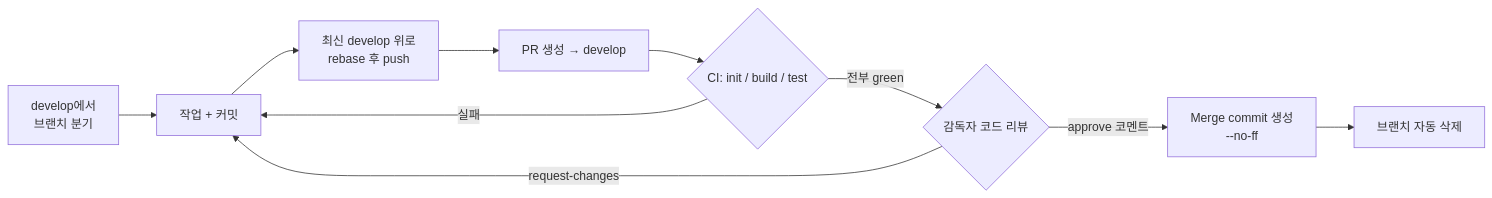
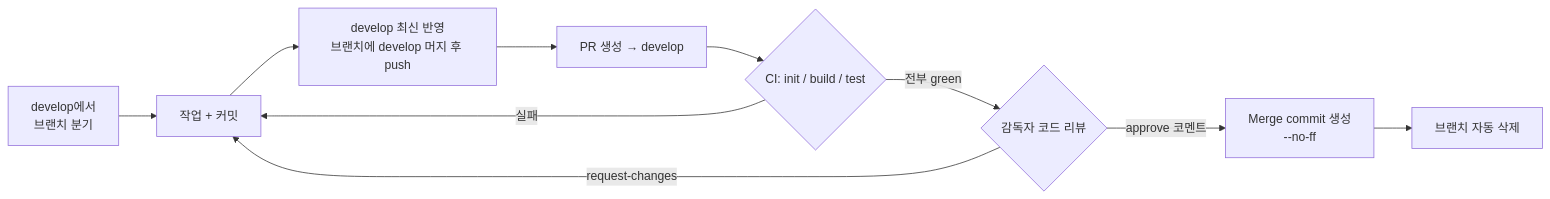
The fourth of 5 diagrams in README.md (hyunpaper/NqWithAstara), drawn with Mermaid before and after one commit. The commit also changed other lines of this file, not shown here.

````diff
--- a/README.md
+++ b/README.md
@@ -141,12 +144,12 @@
 ```mermaid
 flowchart LR
     A[develop에서<br>브랜치 분기] --> B[작업 + 커밋]
-    B --> C[최신 develop 위로<br>rebase 후 push]
+    B --> C[develop 최신 반영<br>브랜치에 develop 머지 후 push]
     C --> D[PR 생성 → develop]
     D --> E{CI: init / build / test}
     E -->|실패| B
     E -->|전부 green| R{감독자 코드 리뷰}
     R -->|request-changes| B
     R -->|approve 코멘트| F[Merge commit 생성<br>--no-ff]
     F --> G[브랜치 자동 삭제]
 ```
````
